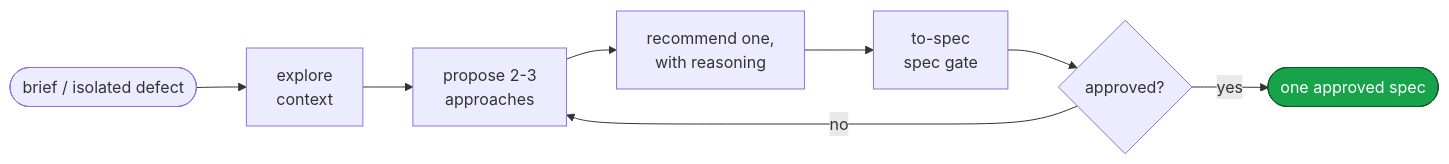
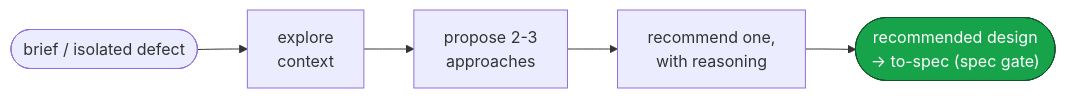
Before and after one commit to dashworthy/engineering: the fourth of 5 diagrams in README.md, drawn with Mermaid. The commit also changed other lines of this file and 9 other files, not shown here.

````diff
--- a/README.md
+++ b/README.md
@@ -102,12 +102,9 @@
 ```mermaid
 flowchart LR
     classDef done fill:#16a34a,stroke:#14532d,color:#fff
 
     IN(["brief / isolated defect"]) --> A["explore<br/>context"]
     A --> B["propose 2-3<br/>approaches"]
     B --> C["recommend one,<br/>with reasoning"]
-    C --> SP["to-spec<br/>spec gate"]
-    SP --> G{"approved?"}
-    G -->|"no"| B
-    G -->|"yes"| OUT(["one approved spec"]):::done
+    C --> OUT(["recommended design<br/>→ to-spec (spec gate)"]):::done
 ```
````
